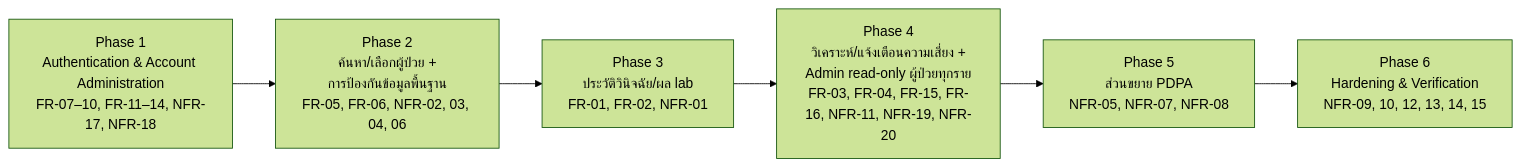
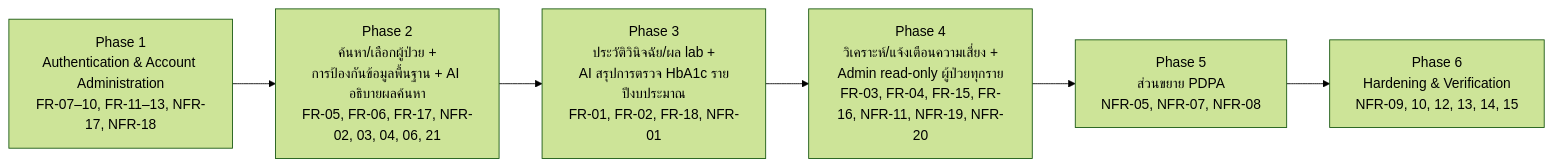
One commit to fadtypat/track-ncds changed the diagram in docs/01-requirements/02-plan/release-plan.md. Above: the diagram before and after it, drawn with Mermaid (forest theme). The commit also changed other lines of this file and 7 other files, not shown here.

````diff
--- a/docs/01-requirements/02-plan/release-plan.md
+++ b/docs/01-requirements/02-plan/release-plan.md
@@ -76,11 +111,11 @@
 ```mermaid
 flowchart LR
-    P1["Phase 1\nAuthentication & Account Administration\nFR-07–10, FR-11–14, NFR-17, NFR-18"]
-    P2["Phase 2\nค้นหา/เลือกผู้ป่วย +\nการป้องกันข้อมูลพื้นฐาน\nFR-05, FR-06, NFR-02, 03, 04, 06"]
-    P3["Phase 3\nประวัติวินิจฉัย/ผล lab\nFR-01, FR-02, NFR-01"]
+    P1["Phase 1\nAuthentication & Account Administration\nFR-07–10, FR-11–13, NFR-17, NFR-18"]
+    P2["Phase 2\nค้นหา/เลือกผู้ป่วย +\nการป้องกันข้อมูลพื้นฐาน + AI อธิบายผลค้นหา\nFR-05, FR-06, FR-17, NFR-02, 03, 04, 06, 21"]
+    P3["Phase 3\nประวัติวินิจฉัย/ผล lab +\nAI สรุปการตรวจ HbA1c รายปีงบประมาณ\nFR-01, FR-02, FR-18, NFR-01"]
     P4["Phase 4\nวิเคราะห์/แจ้งเตือนความเสี่ยง +\nAdmin read-only ผู้ป่วยทุกราย\nFR-03, FR-04, FR-15, FR-16, NFR-11, NFR-19, NFR-20"]
     P5["Phase 5\nส่วนขยาย PDPA\nNFR-05, NFR-07, NFR-08"]
     P6["Phase 6\nHardening & Verification\nNFR-09, 10, 12, 13, 14, 15"]
 
     P1 --> P2 --> P3 --> P4 --> P5 --> P6
 ```
````
